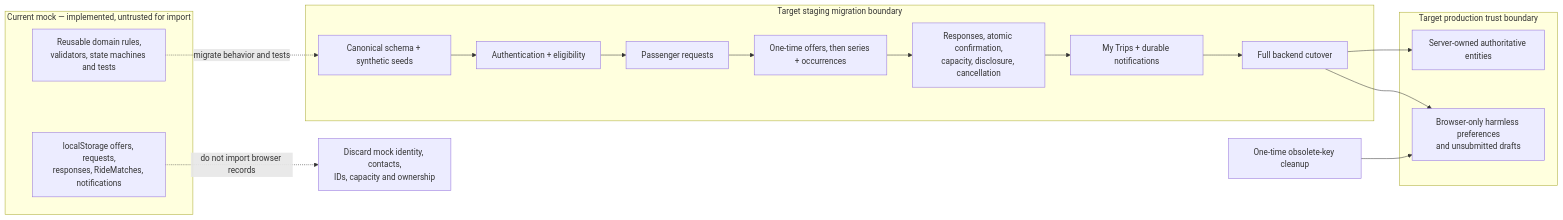
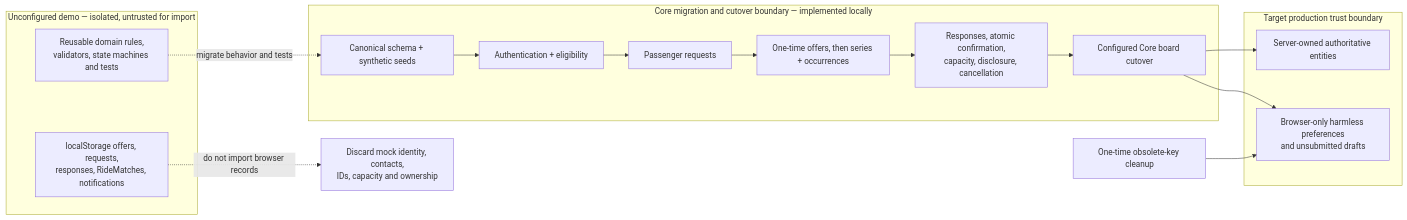
Diagram 25 of 25 in docs/PROJECT_MAP.md (Agafanail/orthodox-routes), drawn with Mermaid before and after one commit. The commit also changed other lines of this file and 31 other files, not shown here.

````diff
--- a/docs/PROJECT_MAP.md
+++ b/docs/PROJECT_MAP.md
@@ -693,29 +693,28 @@
 ```mermaid
 flowchart LR
-    subgraph CURRENT["Current mock — implemented, untrusted for import"]
+    subgraph CURRENT["Unconfigured demo — isolated, untrusted for import"]
         LS["localStorage offers, requests,<br/>responses, RideMatches, notifications"]
         RULES["Reusable domain rules,<br/>validators, state machines and tests"]
     end
 
-    subgraph STAGING["Target staging migration boundary"]
+    subgraph STAGING["Core migration and cutover boundary — implemented locally"]
         SEEDS["Canonical schema + synthetic seeds"]
         AUTH["Authentication + eligibility"]
         REQUESTS["Passenger requests"]
         OFFERS["One-time offers, then series + occurrences"]
         AGREEMENTS["Responses, atomic confirmation,<br/>capacity, disclosure, cancellation"]
-        TRIPS["My Trips + durable notifications"]
-        CUTOVER["Full backend cutover"]
-        SEEDS --> AUTH --> REQUESTS --> OFFERS --> AGREEMENTS --> TRIPS --> CUTOVER
+        CUTOVER["Configured Core board cutover"]
+        SEEDS --> AUTH --> REQUESTS --> OFFERS --> AGREEMENTS --> CUTOVER
     end
 
     subgraph PROD["Target production trust boundary"]
         SERVER["Server-owned authoritative entities"]
         PREFS["Browser-only harmless preferences<br/>and unsubmitted drafts"]
     end
 
     RULES -. "migrate behavior and tests" .-> SEEDS
     LS -. "do not import browser records" .-> STOP["Discard mock identity, contacts,<br/>IDs, capacity and ownership"]
     CUTOVER --> SERVER
     CUTOVER --> PREFS
     CLEANUP["One-time obsolete-key cleanup"] --> PREFS
 ```
````
